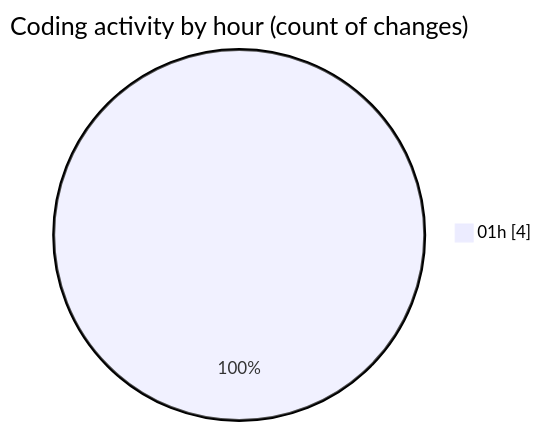
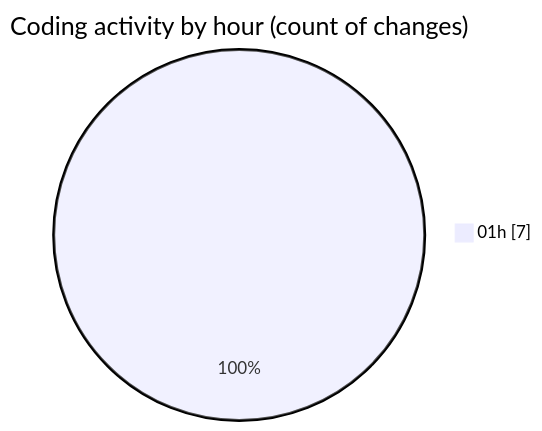
One commit to julien-gomy/code-tracking changed the second of 2 diagrams in 2025-10-24/eventscop-frontend-guide__workspace_/README.md. Above: the diagram before and after it, drawn with Mermaid. The commit also changed other lines of this file and 1 other file, not shown here.

````diff
--- a/2025-10-24/eventscop-frontend-guide__workspace_/README.md
+++ b/2025-10-24/eventscop-frontend-guide__workspace_/README.md
@@ -32,5 +32,5 @@
 ```mermaid
 pie showData
 title Coding activity by hour (count of changes)
-"01h" : 4
+"01h" : 7
 ```
````
